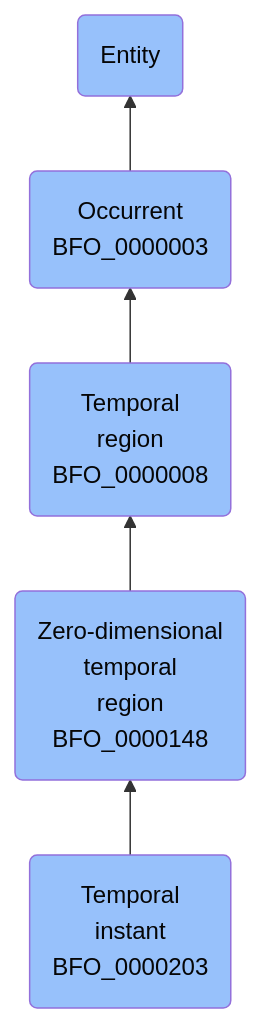
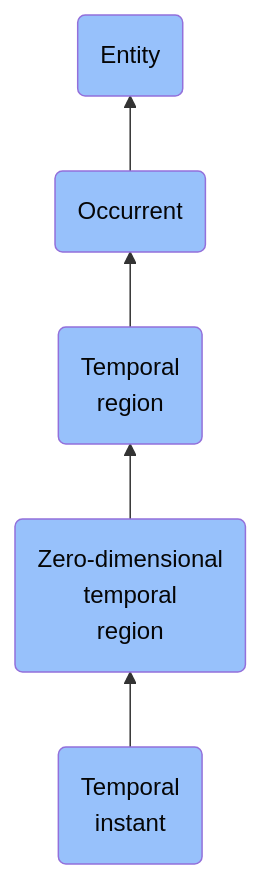
One commit to jupyter-naas/abi changed the diagram in docs/ontology/reference/model/Entity/Occurrent/Temporal region/Zero-dimensional temporal region/Temporal instant/Temporal instant.md. Above: the diagram before and after it, drawn with Mermaid. The commit also changed other lines of this file and 1430 other files, not shown here.

````diff
--- a/docs/ontology/reference/model/Entity/Occurrent/Temporal region/Zero-dimensional temporal region/Temporal instant/Temporal instant.md
+++ b/docs/ontology/reference/model/Entity/Occurrent/Temporal region/Zero-dimensional temporal region/Temporal instant/Temporal instant.md
@@ -24,12 +24,12 @@
 ```mermaid
 graph BT
-    BFO_0000203(Temporal<br>instant<br>BFO_0000203):::BFO-->BFO_0000148
-    BFO_0000148(Zero-dimensional<br>temporal<br>region<br>BFO_0000148):::BFO-->BFO_0000008
-    BFO_0000008(Temporal<br>region<br>BFO_0000008):::BFO-->BFO_0000003
-    BFO_0000003(Occurrent<br>BFO_0000003):::BFO-->BFO_0000001
+    BFO_0000203(Temporal<br>instant):::BFO-->BFO_0000148
+    BFO_0000148(Zero-dimensional<br>temporal<br>region):::BFO-->BFO_0000008
+    BFO_0000008(Temporal<br>region):::BFO-->BFO_0000003
+    BFO_0000003(Occurrent):::BFO-->BFO_0000001
     BFO_0000001(Entity):::BFO
     
     classDef BFO fill:#97c1fb,color:#060606
     classDef CCO fill:#e4c51e,color:#060606
     classDef ABI fill:#48DD82,color:#060606
 ```
````
